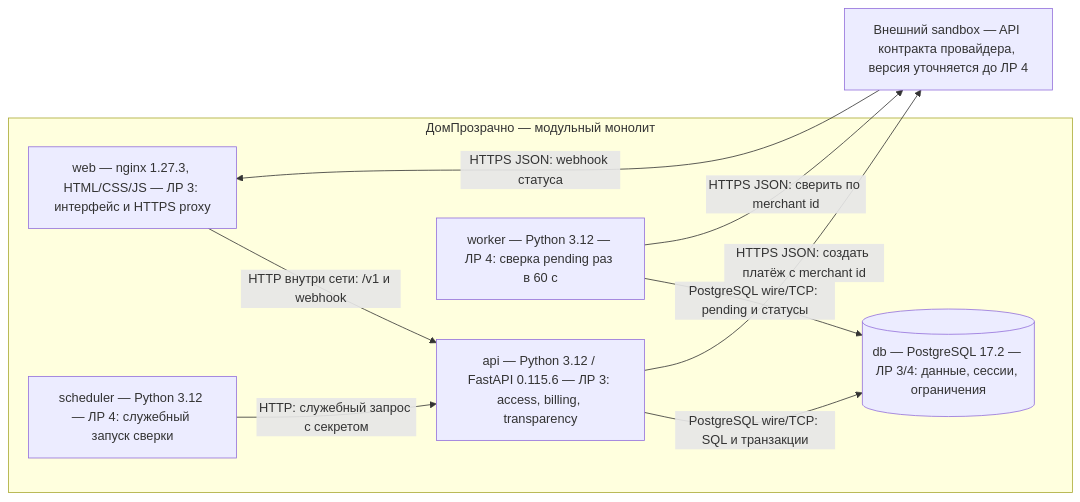
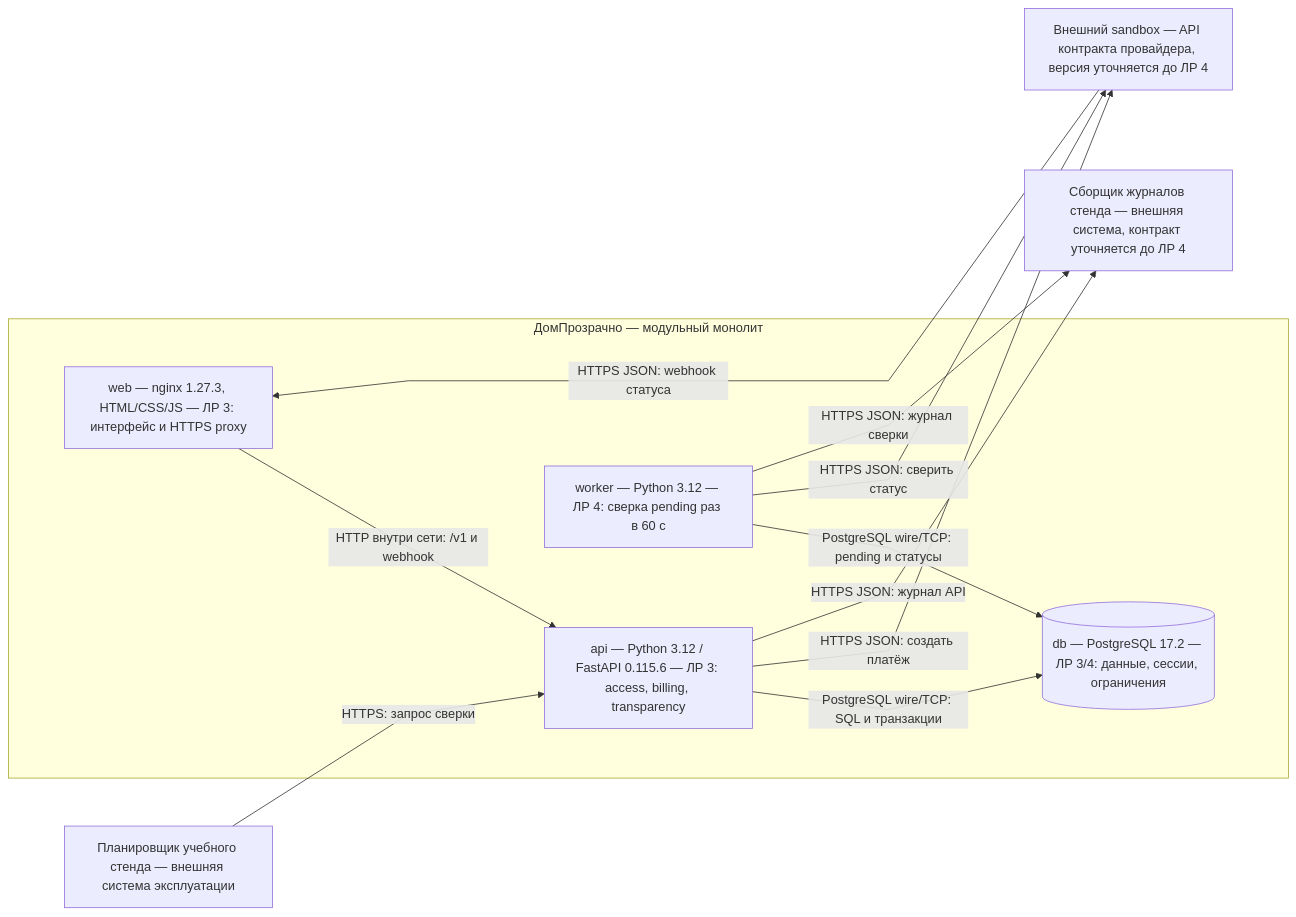
Before and after one commit to PerkaHub/home: the diagram in docs/architecture/c4/container.mmd, drawn with Mermaid. The commit also changed 16 other files, not shown here.

Commit message:
docs(lab2): уточнить метрики и схемы системы

```diff
--- a/docs/architecture/c4/container.mmd
+++ b/docs/architecture/c4/container.mmd
@@ -1,16 +1,21 @@
+%%{init: {"flowchart": {"nodeSpacing": 100, "rankSpacing": 140, "curve": "linear"}}}%%
 flowchart LR
  subgraph SYS["ДомПрозрачно — модульный монолит"]
  W["web — nginx 1.27.3, HTML/CSS/JS — ЛР 3: интерфейс и HTTPS proxy"]
  A["api — Python 3.12 / FastAPI 0.115.6 — ЛР 3: access, billing, transparency"]
  K["worker — Python 3.12 — ЛР 4: сверка pending раз в 60 с"]
  D[("db — PostgreSQL 17.2 — ЛР 3/4: данные, сессии, ограничения")]
- J["scheduler — Python 3.12 — ЛР 4: служебный запуск сверки"]
  W -->|"HTTP внутри сети: /v1 и webhook"| A
  A -->|"PostgreSQL wire/TCP: SQL и транзакции"| D
  K -->|"PostgreSQL wire/TCP: pending и статусы"| D
- J -->|"HTTP: служебный запрос с секретом"| A
  end
  P["Внешний sandbox — API контракта провайдера, версия уточняется до ЛР 4"]
- A -->|"HTTPS JSON: создать платёж с merchant id"| P
- K -->|"HTTPS JSON: сверить по merchant id"| P
+ A -->|"HTTPS JSON: создать платёж"| P
+ K -->|"HTTPS JSON: сверить статус"| P
  P -->|"HTTPS JSON: webhook статуса"| W
+
+ J["Планировщик учебного стенда — внешняя система эксплуатации"]
+ L["Сборщик журналов стенда — внешняя система, контракт уточняется до ЛР 4"]
+ J -->|"HTTPS: запрос сверки"| A
+ A -->|"HTTPS JSON: журнал API"| L
+ K -->|"HTTPS JSON: журнал сверки"| L
```
